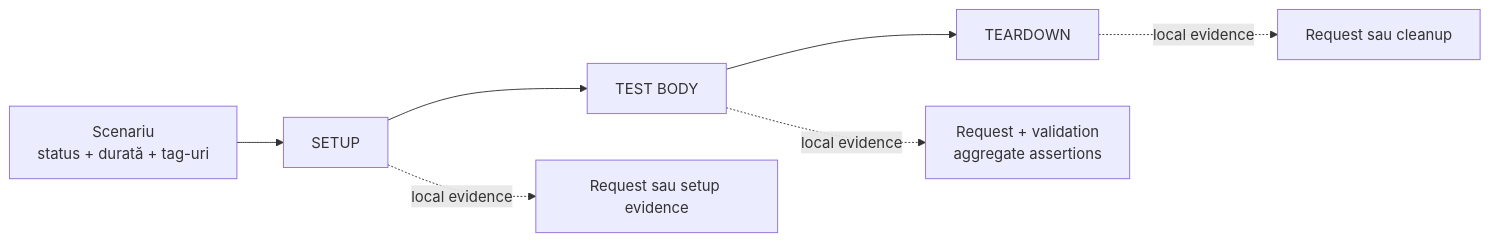
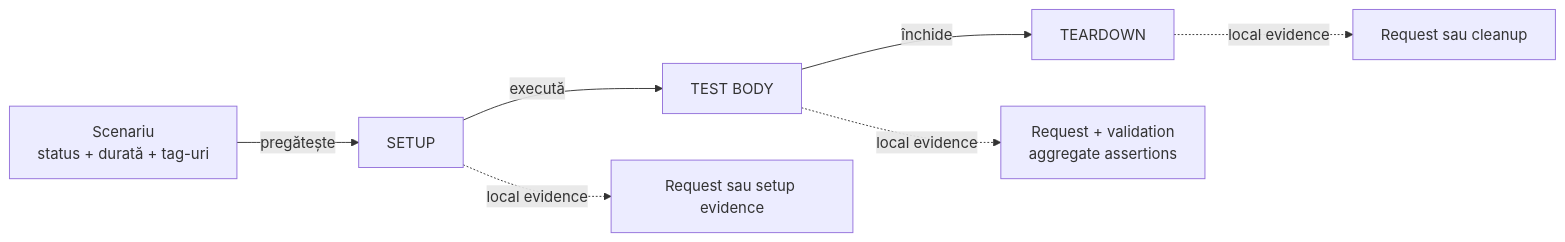
Before and after one commit to crististefanita/demo2: the second of 9 diagrams in docs/ATF_Reporting_Contract.md, drawn with Mermaid. The commit also changed other lines of this file and 52 other files, not shown here.

````diff
--- a/docs/ATF_Reporting_Contract.md
+++ b/docs/ATF_Reporting_Contract.md
@@ -43,9 +43,9 @@
 ```mermaid
 flowchart LR
-    Scenario[Scenariu<br/>status + durată + tag-uri] --> Setup[SETUP]
-    Setup --> Body[TEST BODY]
-    Body --> Teardown[TEARDOWN]
+    Scenario[Scenariu<br/>status + durată + tag-uri] -->|pregătește| Setup[SETUP]
+    Setup -->|execută| Body[TEST BODY]
+    Body -->|închide| Teardown[TEARDOWN]
     Setup -. local evidence .-> SetupEvidence[Request sau setup evidence]
     Body -. local evidence .-> BodyEvidence[Request + validation<br/>aggregate assertions]
     Teardown -. local evidence .-> Cleanup[Request sau cleanup]
 ```
````
